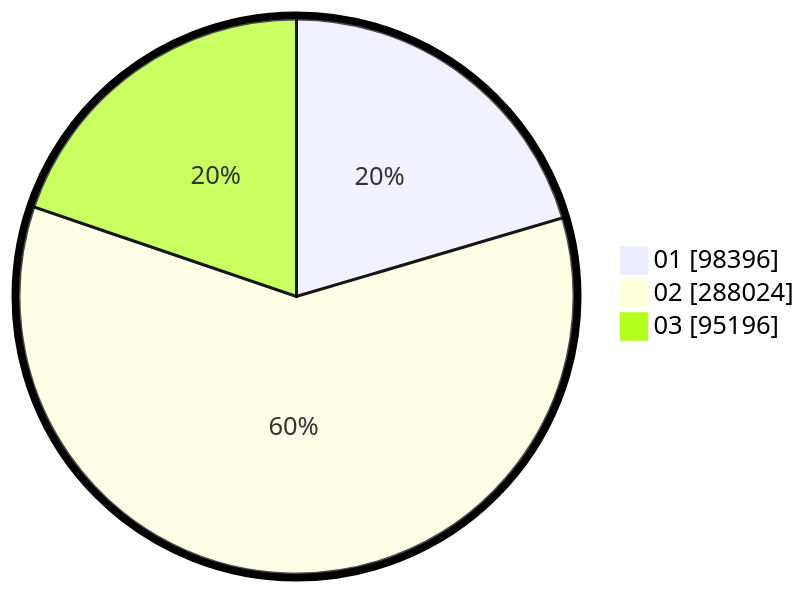
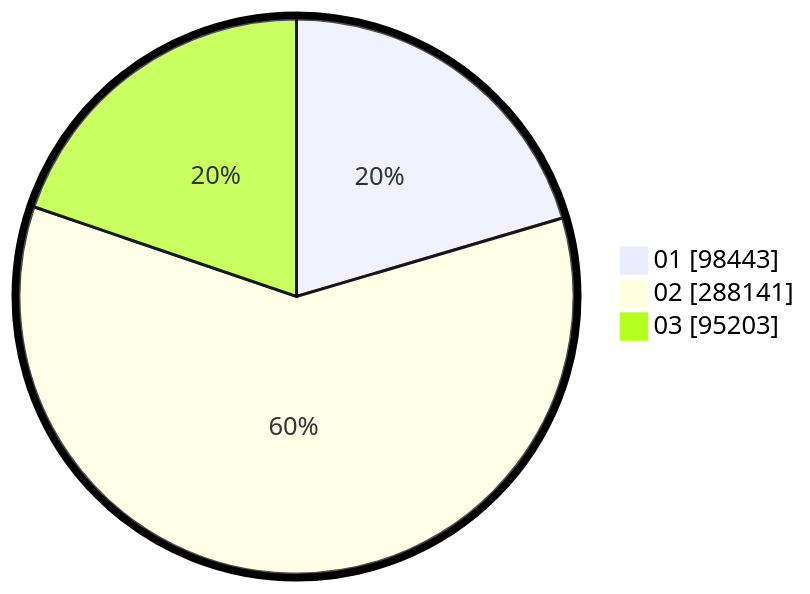
Before and after one commit to gigit-pemilu/pemilu-2024: the second of 2 diagrams in pilpres/hitung-suara/sub/table-wilayah-99.md, drawn with Mermaid. The commit also changed other lines of this file and 8 other files, not shown here.

````diff
--- a/pilpres/hitung-suara/sub/table-wilayah-99.md
+++ b/pilpres/hitung-suara/sub/table-wilayah-99.md
@@ -15,7 +15,7 @@
 ```mermaid
 %%{init: {"pie": {"textPosition": 0.5}, "themeVariables": {"pieOuterStrokeWidth": "5px"}} }%%
 pie showData
-    "01" : 98396
-    "02" : 288024
-    "03" : 95196
+    "01" : 98443
+    "02" : 288141
+    "03" : 95203
 ```
````
